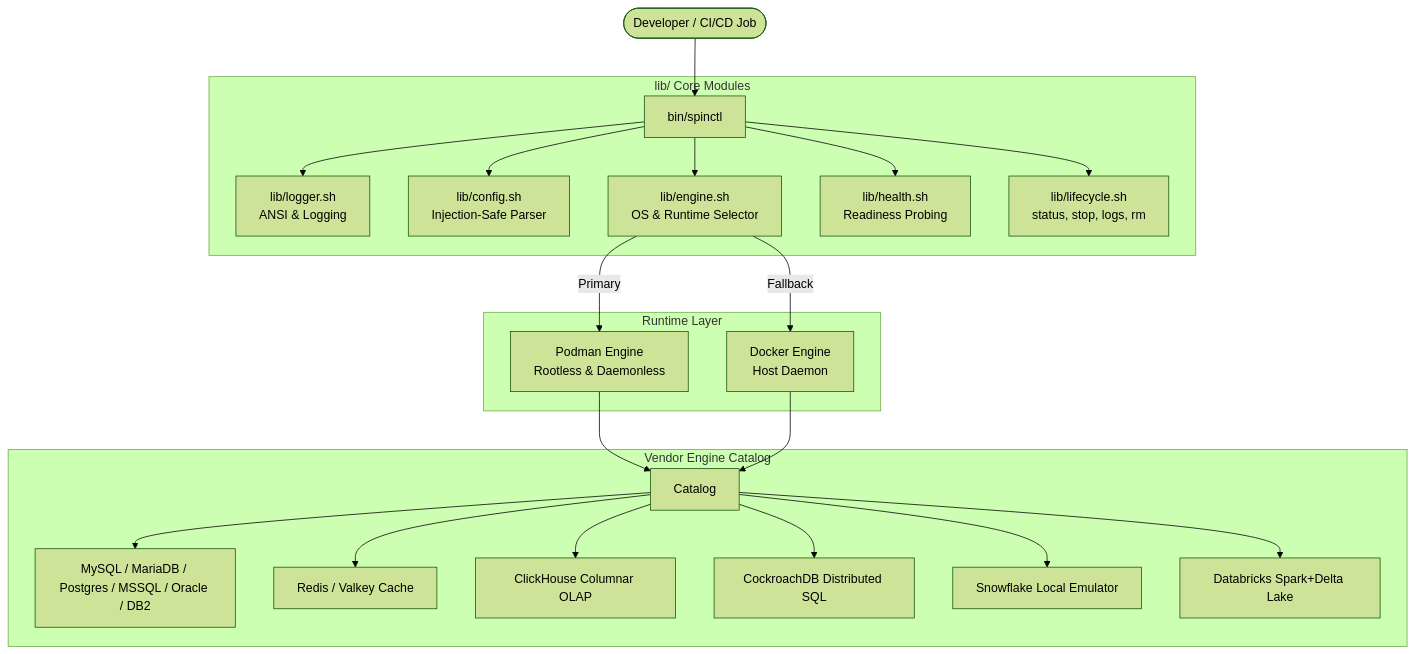
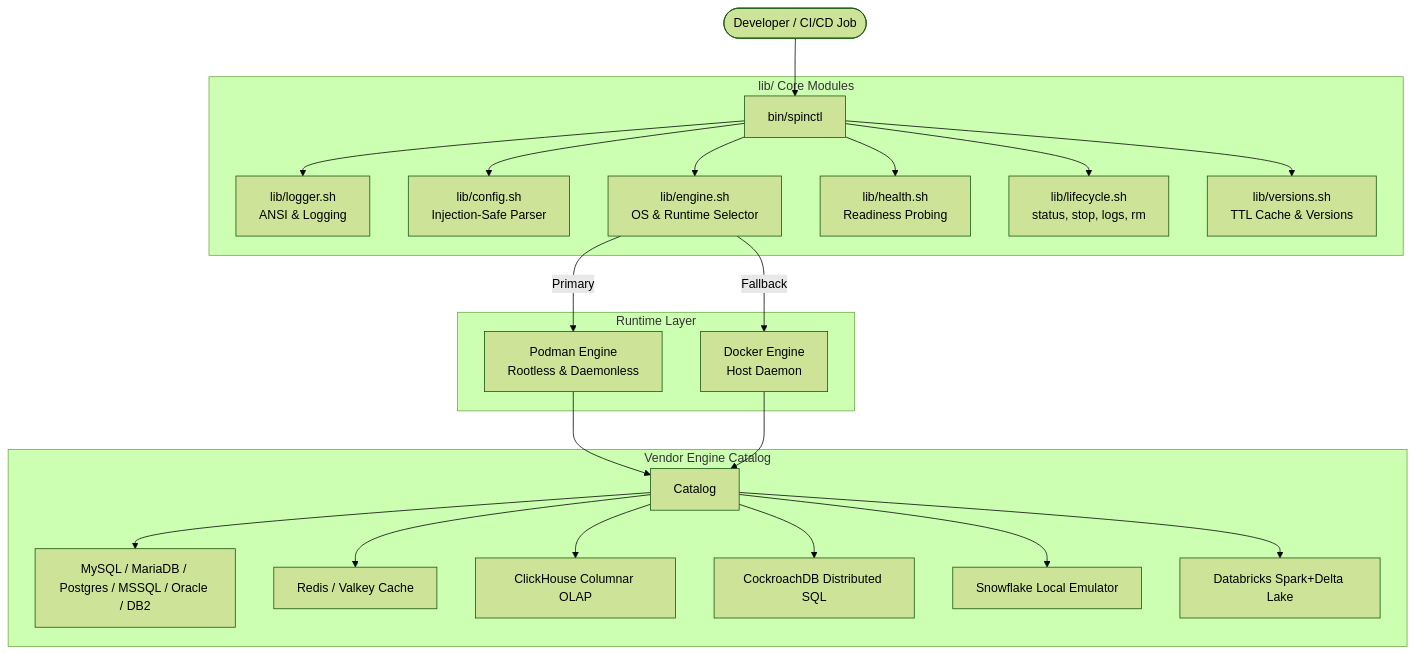
One commit to ervivekumrao/SpinDB changed the diagram in docs/ARCHITECTURE.md. Above: the diagram before and after it, drawn with Mermaid (forest theme). The commit also changed other lines of this file and 9 other files, not shown here.

````diff
--- a/docs/ARCHITECTURE.md
+++ b/docs/ARCHITECTURE.md
@@ -12,28 +12,29 @@
 ```mermaid
 flowchart TD
     User([Developer / CI/CD Job]) --> CLI[bin/spinctl]
     
     subgraph Modular Subsystems [lib/ Core Modules]
         CLI --> Logger[lib/logger.sh<br/>ANSI & Logging]
         CLI --> Config[lib/config.sh<br/>Injection-Safe Parser]
         CLI --> Engine[lib/engine.sh<br/>OS & Runtime Selector]
         CLI --> Health[lib/health.sh<br/>Readiness Probing]
         CLI --> Lifecycle[lib/lifecycle.sh<br/>status, stop, logs, rm]
+        CLI --> Versions[lib/versions.sh<br/>TTL Cache & Versions]
     end
 
     subgraph Container Runtimes [Runtime Layer]
         Engine -->|Primary| Podman[Podman Engine<br/>Rootless & Daemonless]
         Engine -->|Fallback| Docker[Docker Engine<br/>Host Daemon]
     end
 
     subgraph Database Engines [Vendor Engine Catalog]
         Podman --> Catalog
         Docker --> Catalog
         Catalog --> RDBMS[MySQL / MariaDB / Postgres / MSSQL / Oracle / DB2]
         Catalog --> Cache[Redis / Valkey Cache]
         Catalog --> Analytics[ClickHouse Columnar OLAP]
         Catalog --> Distributed[CockroachDB Distributed SQL]
         Catalog --> CloudEmu[Snowflake Local Emulator]
         Catalog --> Lakehouse[Databricks Spark+Delta Lake]
     end
 ```
````
